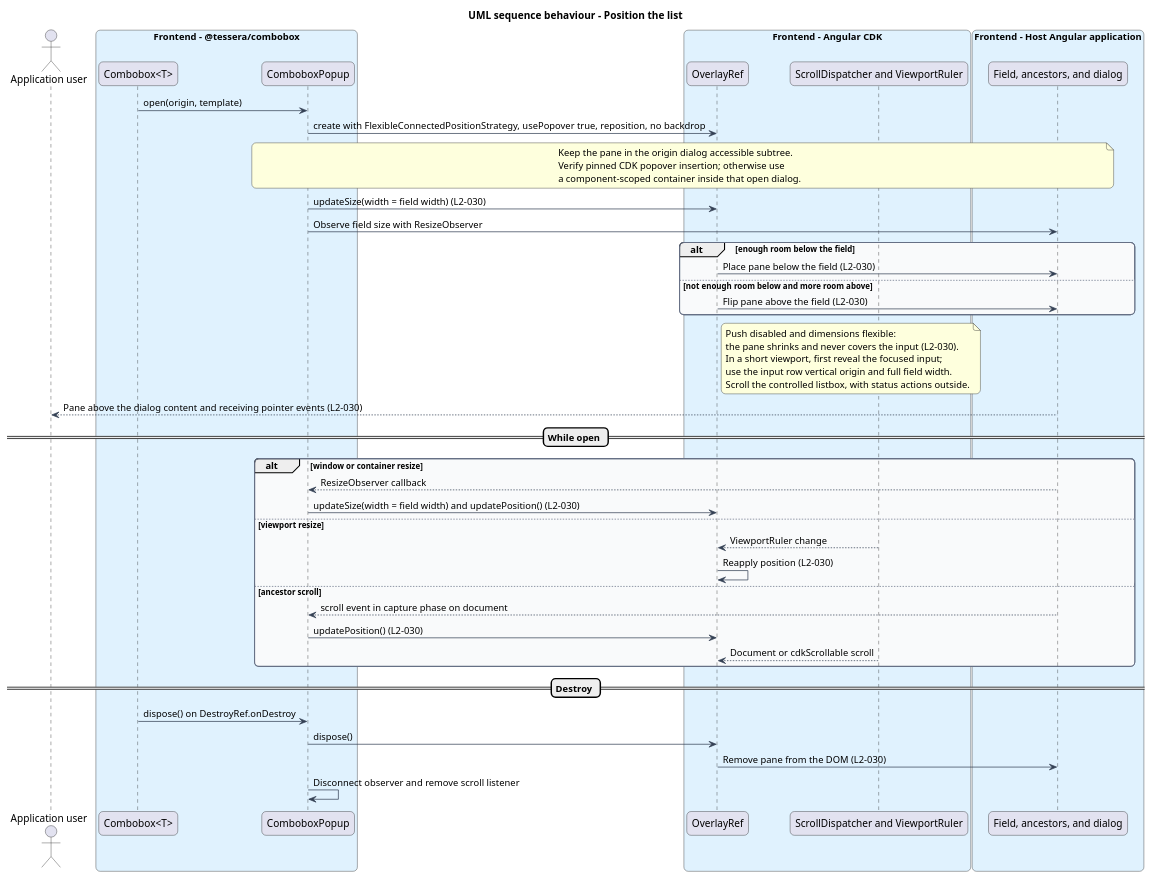
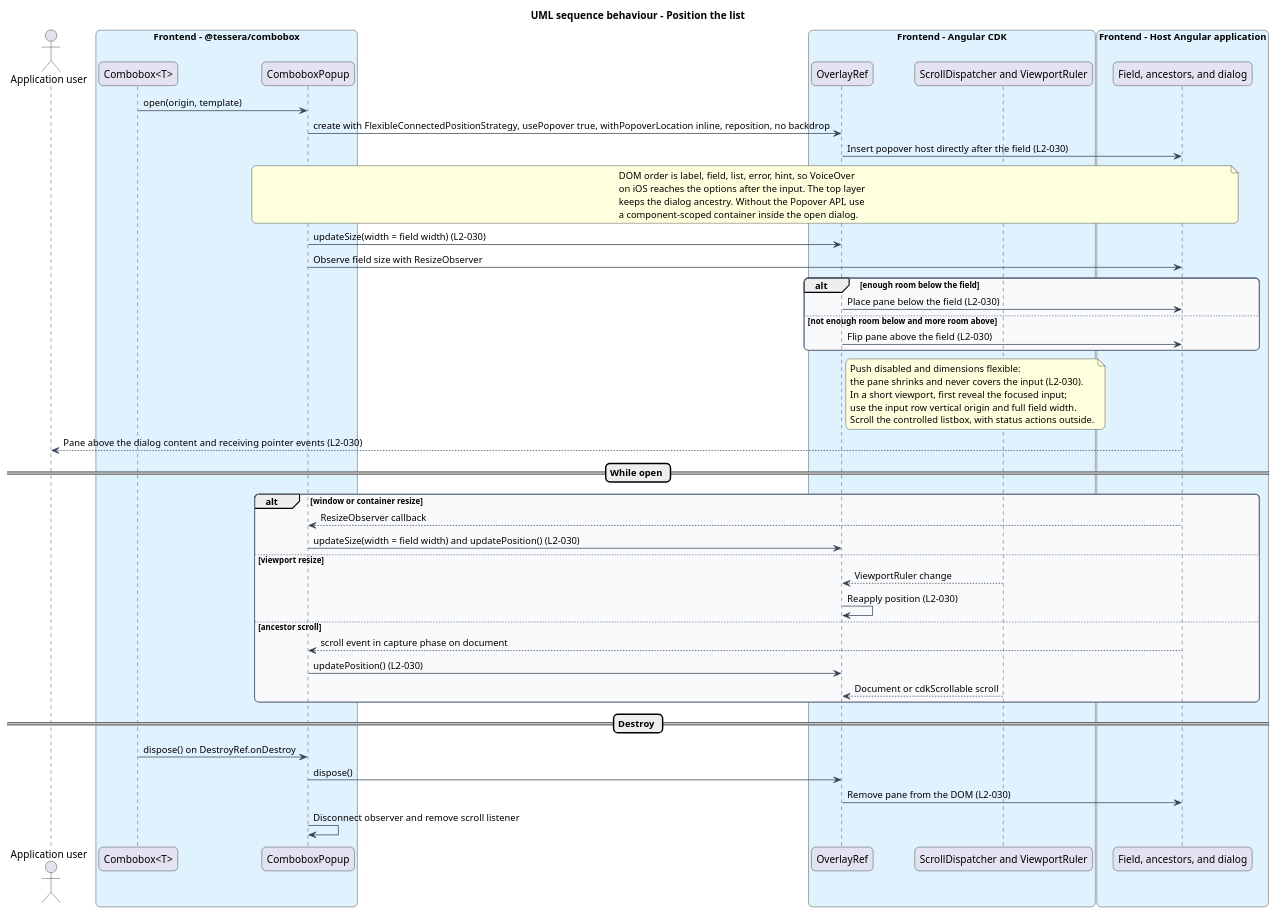
Before and after one commit to QuinntyneBrown/Tessera: the diagram in docs/detailed-designs/combobox/open-and-position-list/diagrams/sequence-position.puml, drawn with PlantUML. The commit also changed 26 other files, not shown here.

```diff
--- a/docs/detailed-designs/combobox/open-and-position-list/diagrams/sequence-position.puml
+++ b/docs/detailed-designs/combobox/open-and-position-list/diagrams/sequence-position.puml
@@ -1,69 +1,71 @@
 @startuml
 title UML sequence behaviour - Position the list
 skinparam backgroundColor #FFFFFF
 skinparam shadowing false
 skinparam roundcorner 12
 skinparam defaultFontName Arial
 skinparam ArrowColor #344054
 skinparam rectangle {
   BorderColor #344054
   FontColor #101828
 }
 skinparam package {
   BorderColor #667085
   FontColor #101828
   BackgroundColor #F9FAFB
 }
 actor "Application user" as user
 box "Frontend - @tessera/combobox" #E0F2FE
   participant "Combobox<T>" as combo
   participant "ComboboxPopup" as popup
 end box
 box "Frontend - Angular CDK" #E0F2FE
   participant "OverlayRef" as overlay
   participant "ScrollDispatcher and ViewportRuler" as scroll
 end box
 box "Frontend - Host Angular application" #E0F2FE
   participant "Field, ancestors, and dialog" as page
 end box
 
 combo -> popup : open(origin, template)
-popup -> overlay : create with FlexibleConnectedPositionStrategy, usePopover true, reposition, no backdrop
+popup -> overlay : create with FlexibleConnectedPositionStrategy, usePopover true, withPopoverLocation inline, reposition, no backdrop
+overlay -> page : Insert popover host directly after the field (L2-030)
 note over popup, page
-  Keep the pane in the origin dialog accessible subtree.
-  Verify pinned CDK popover insertion; otherwise use
-  a component-scoped container inside that open dialog.
+  DOM order is label, field, list, error, hint, so VoiceOver
+  on iOS reaches the options after the input. The top layer
+  keeps the dialog ancestry. Without the Popover API, use
+  a component-scoped container inside the open dialog.
 end note
 popup -> overlay : updateSize(width = field width) (L2-030)
 popup -> page : Observe field size with ResizeObserver
 alt enough room below the field
   overlay -> page : Place pane below the field (L2-030)
 else not enough room below and more room above
   overlay -> page : Flip pane above the field (L2-030)
 end
 note right of overlay
   Push disabled and dimensions flexible:
   the pane shrinks and never covers the input (L2-030).
   In a short viewport, first reveal the focused input;
   use the input row vertical origin and full field width.
   Scroll the controlled listbox, with status actions outside.
 end note
 page --> user : Pane above the dialog content and receiving pointer events (L2-030)
 == While open ==
 alt window or container resize
   page --> popup : ResizeObserver callback
   popup -> overlay : updateSize(width = field width) and updatePosition() (L2-030)
 else viewport resize
   scroll --> overlay : ViewportRuler change
   overlay -> overlay : Reapply position (L2-030)
 else ancestor scroll
   page --> popup : scroll event in capture phase on document
   popup -> overlay : updatePosition() (L2-030)
   scroll --> overlay : Document or cdkScrollable scroll
 end
 == Destroy ==
 combo -> popup : dispose() on DestroyRef.onDestroy
 popup -> overlay : dispose()
 overlay -> page : Remove pane from the DOM (L2-030)
 popup -> popup : Disconnect observer and remove scroll listener
 @enduml
```
